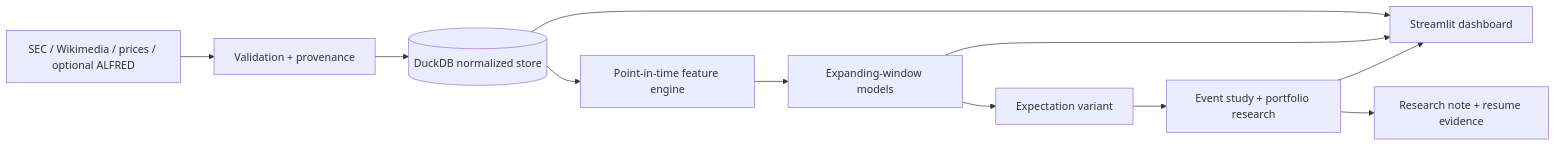
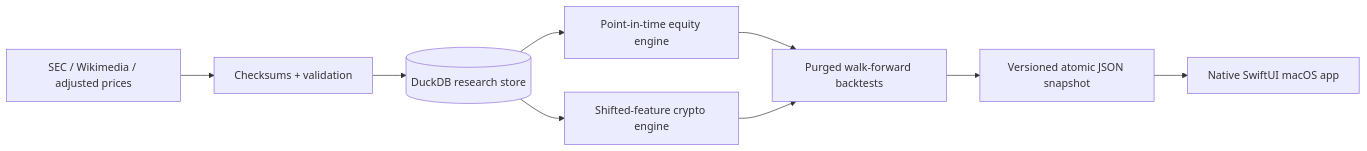
Before and after one commit to james8464/nowcaster: the diagram in README.md, drawn with Mermaid. The commit also changed other lines of this file and 20 other files, not shown here.

Commit message:
docs: ship native macOS nowcaster

````diff
--- a/README.md
+++ b/README.md
@@ -38,13 +65,11 @@
 ```mermaid
 flowchart LR
-    A[SEC / Wikimedia / prices / optional ALFRED] --> B[Validation + provenance]
-    B --> C[(DuckDB normalized store)]
-    C --> D[Point-in-time feature engine]
-    D --> E[Expanding-window models]
-    E --> F[Expectation variant]
-    F --> G[Event study + portfolio research]
-    C --> H[Streamlit dashboard]
-    E --> H
-    G --> H
-    G --> I[Research note + resume evidence]
+    A[SEC / Wikimedia / adjusted prices] --> B[Checksums + validation]
+    B --> C[(DuckDB research store)]
+    C --> D[Point-in-time equity engine]
+    C --> E[Shifted-feature crypto engine]
+    D --> F[Purged walk-forward backtests]
+    E --> F
+    F --> G[Versioned atomic JSON snapshot]
+    G --> H[Native SwiftUI macOS app]
 ```
````
